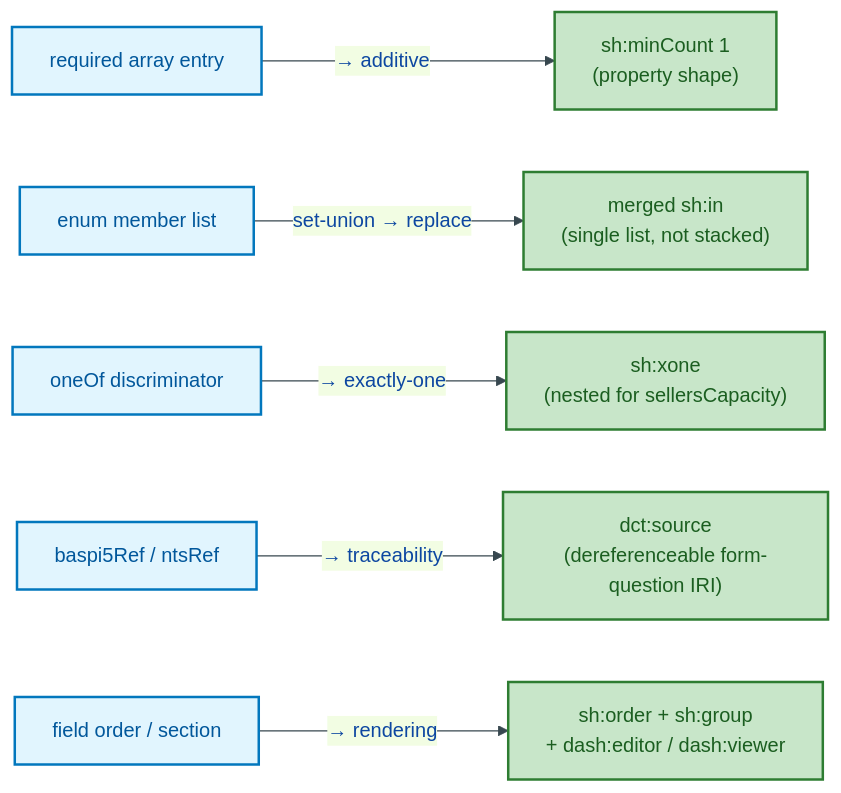
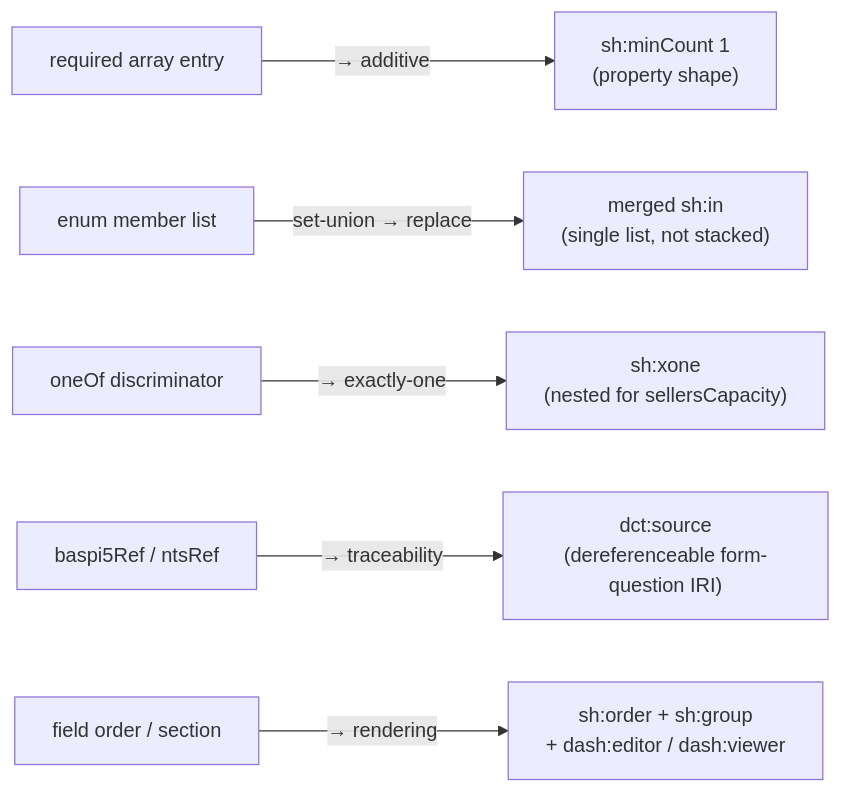
The second of 4 diagrams in docs/ontology/odr/ODR-0010-overlay-profile-mechanism.md (sparkling/opda), drawn with Mermaid before and after one commit. The commit also changed other lines of this file and 25 other files, not shown here.

````diff
--- a/docs/ontology/odr/ODR-0010-overlay-profile-mechanism.md
+++ b/docs/ontology/odr/ODR-0010-overlay-profile-mechanism.md
@@ -85,15 +80,11 @@
 ```mermaid
-%%{init:{"theme":"base","themeVariables":{"primaryColor":"#E3F2FD","primaryTextColor":"#0D47A1","primaryBorderColor":"#1565C0","lineColor":"#37474F"}}}%%
 flowchart LR
     accTitle: Overlay composition build-step rules
     accDescr: How required-array union, enum union, and oneOf structures from an overlay are transformed into SHACL constructs during the build-step graph-union
-    classDef process fill:#E1F5FE,stroke:#0277BD,stroke-width:2px,color:#01579B
-    classDef decision fill:#FFF9C4,stroke:#F9A825,stroke-width:2px,color:#E65100
-    classDef output fill:#C8E6C9,stroke:#2E7D32,stroke-width:2px,color:#1B5E20
 
-    REQ["required array entry"]:::process -->|"→ additive"| MINCOUNT["sh:minCount 1<br/>(property shape)"]:::output
-    ENUM["enum member list"]:::process -->|"set-union → replace"| SHIN["merged sh:in<br/>(single list, not stacked)"]:::output
-    ONEOF["oneOf discriminator"]:::process -->|"→ exactly-one"| XONE["sh:xone<br/>(nested for sellersCapacity)"]:::output
-    LEAFREF["baspi5Ref / ntsRef"]:::process -->|"→ traceability"| DCT["dct:source<br/>(dereferenceable form-question IRI)"]:::output
-    FIELDMETA["field order / section"]:::process -->|"→ rendering"| DASH["sh:order + sh:group<br/>+ dash:editor / dash:viewer"]:::output
+    REQ["required array entry"]:::process -->|"→ additive"| MINCOUNT["sh:minCount 1<br/>(property shape)"]:::success
+    ENUM["enum member list"]:::process -->|"set-union → replace"| SHIN["merged sh:in<br/>(single list, not stacked)"]:::success
+    ONEOF["oneOf discriminator"]:::process -->|"→ exactly-one"| XONE["sh:xone<br/>(nested for sellersCapacity)"]:::success
+    LEAFREF["baspi5Ref / ntsRef"]:::process -->|"→ traceability"| DCT["dct:source<br/>(dereferenceable form-question IRI)"]:::success
+    FIELDMETA["field order / section"]:::process -->|"→ rendering"| DASH["sh:order + sh:group<br/>+ dash:editor / dash:viewer"]:::success
 ```
````
